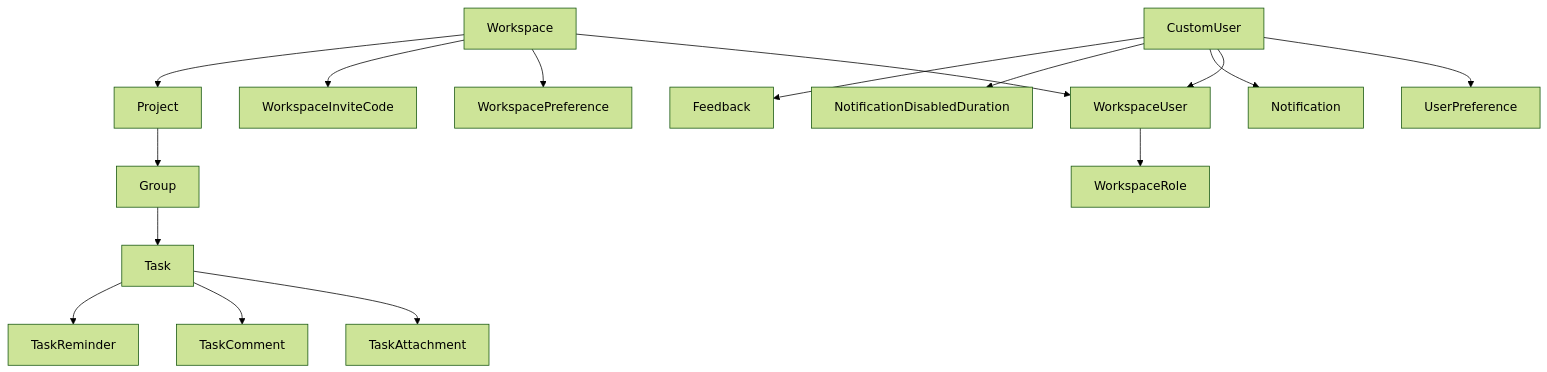
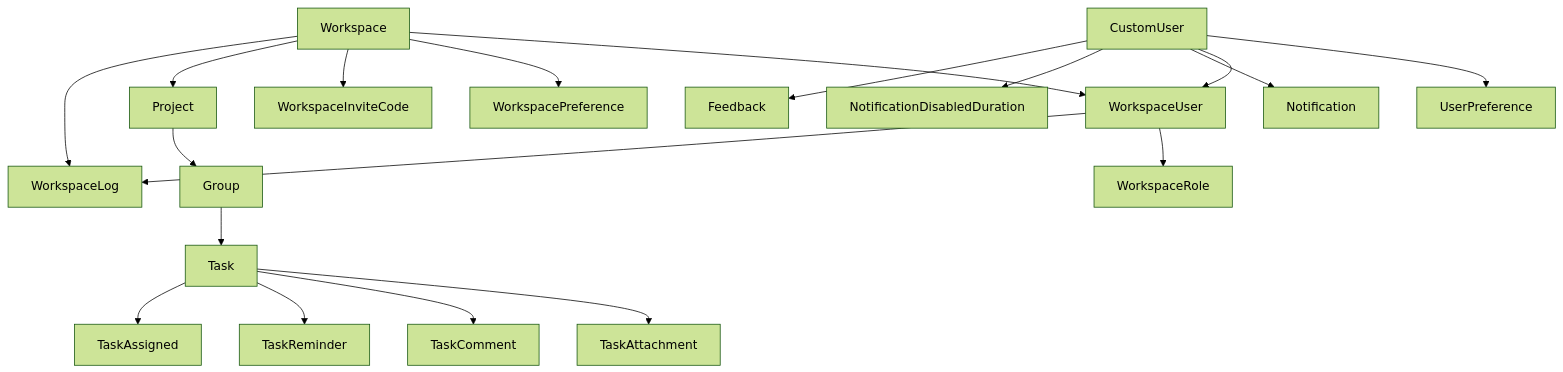
Before and after one commit to gemnightfox/WebPlant: the diagram in docs/domain-model.md, drawn with Mermaid (forest theme). The commit also changed other lines of this file and 6 other files, not shown here.

````diff
--- a/docs/domain-model.md
+++ b/docs/domain-model.md
@@ -23,18 +24,21 @@
 ```mermaid
 flowchart TD
     User[CustomUser] --> UserPref[UserPreference]
     Workspace --> WorkspaceUser
     User --> WorkspaceUser
     WorkspaceUser --> WorkspaceRole
     Workspace --> WorkspacePref[WorkspacePreference]
     Workspace --> InviteCode[WorkspaceInviteCode]
     Workspace --> Project
     Project --> Group
     Group --> Task
     Task --> TaskAttachment
     Task --> TaskComment
     Task --> TaskReminder
+    Task --> TaskAssigned
+    Workspace --> WorkspaceLog
+    WorkspaceUser --> WorkspaceLog
     User --> Notification
     User --> NotificationMute[NotificationDisabledDuration]
     User --> Feedback
 ```
````
